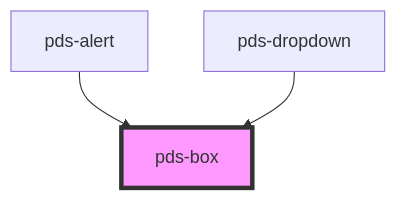
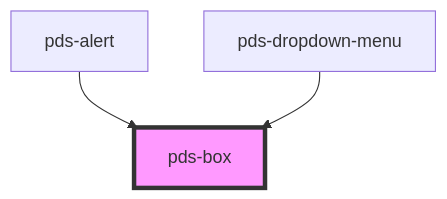
One commit to Kajabi/pine changed the diagram in libs/core/src/components/pds-box/readme.md. Above: the diagram before and after it, drawn with Mermaid. The commit also changed other lines of this file and 20 other files, not shown here.

Commit message:
refactor(pds-dropdown-menu): rename component from pds-dropdown to pds-dropdown-menu

````diff
--- a/libs/core/src/components/pds-box/readme.md
+++ b/libs/core/src/components/pds-box/readme.md
@@ -59,6 +59,6 @@
 ```mermaid
 graph TD;
   pds-alert --> pds-box
-  pds-dropdown --> pds-box
+  pds-dropdown-menu --> pds-box
   style pds-box fill:#f9f,stroke:#333,stroke-width:4px
 ```
````
